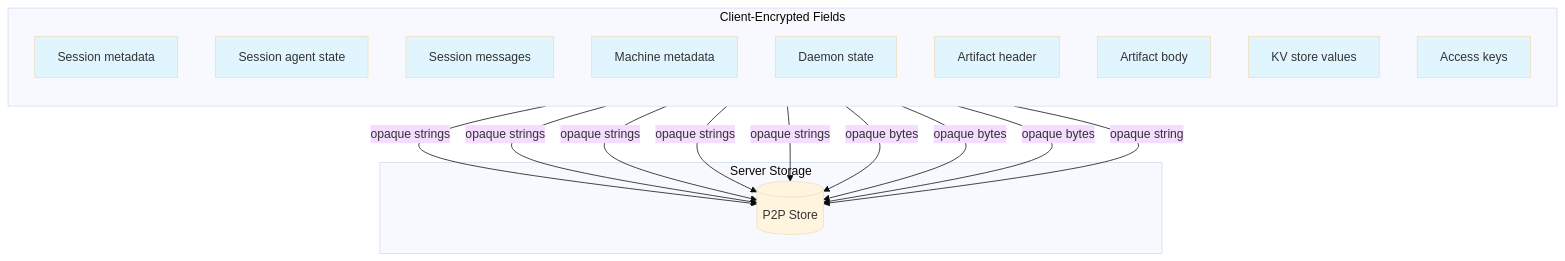
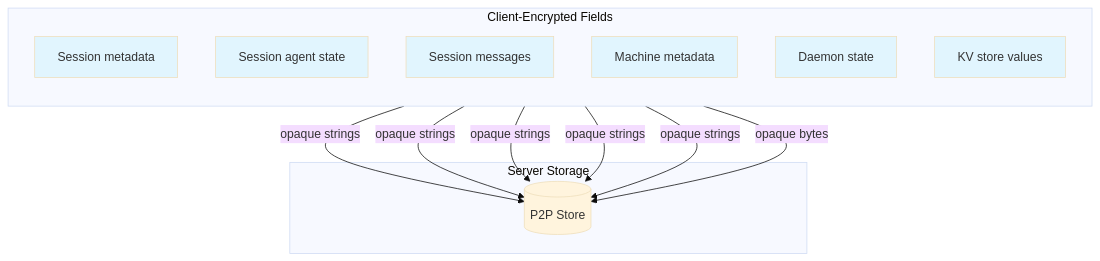
Before and after one commit to spetrosyan94/remcli: the seventh of 11 diagrams in docs/encryption.md, drawn with Mermaid (base theme). The commit also changed other lines of this file and 4 other files, not shown here.

````diff
--- a/docs/encryption.md
+++ b/docs/encryption.md
@@ -156,35 +156,27 @@
 ```mermaid
 graph TB
     subgraph "Client-Encrypted Fields"
         direction TB
         S1[Session metadata]
         S2[Session agent state]
         S3[Session messages]
         M1[Machine metadata]
         M2[Daemon state]
-        A1[Artifact header]
-        A2[Artifact body]
         K1[KV store values]
-        AK[Access keys]
     end
 
     subgraph "Server Storage"
         DB[(P2P Store)]
     end
 
     S1 & S2 & S3 --> |opaque strings| DB
     M1 & M2 --> |opaque strings| DB
-    A1 & A2 --> |opaque bytes| DB
     K1 --> |opaque bytes| DB
-    AK --> |opaque string| DB
 
     style S1 fill:#e1f5fe
     style S2 fill:#e1f5fe
     style S3 fill:#e1f5fe
     style M1 fill:#e1f5fe
     style M2 fill:#e1f5fe
-    style A1 fill:#e1f5fe
-    style A2 fill:#e1f5fe
     style K1 fill:#e1f5fe
-    style AK fill:#e1f5fe
 ```
````
